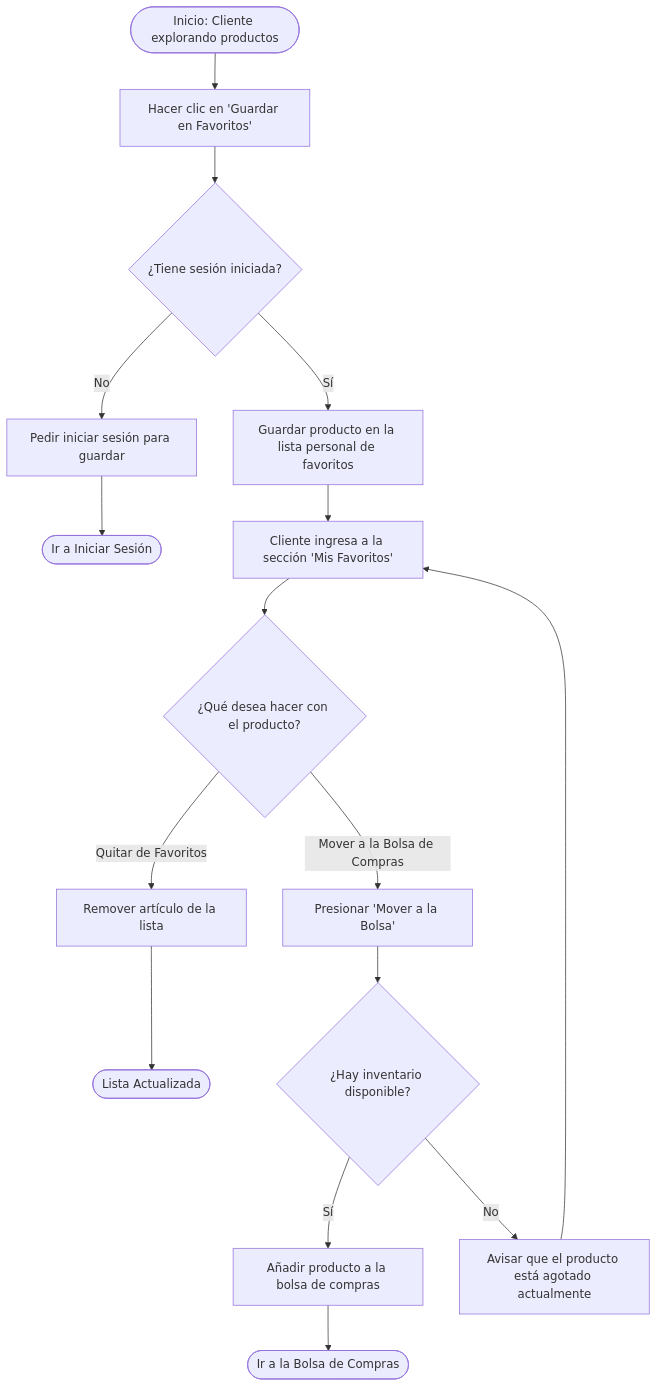
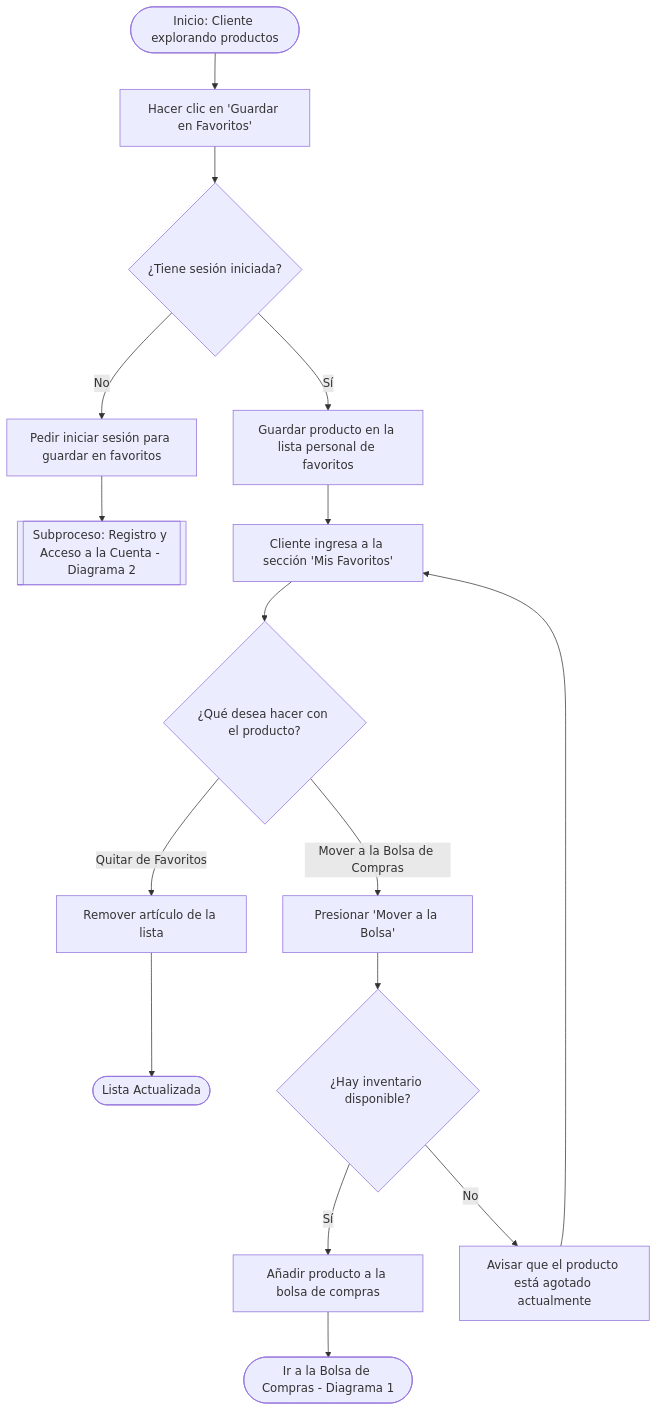
One commit to LeonidasGarcia/Multichannel-Marketplace changed the seventh of 9 diagrams in Diagrama de Procesos/Diagramas de Procesos Preliminares.md. Above: the diagram before and after it, drawn with Mermaid. The commit also changed other lines of this file and 1 other file, not shown here.

Commit message:
feat: Update process diagrams and enhance user flow descriptions in the documentation

````diff
--- a/Diagrama de Procesos/Diagramas de Procesos Preliminares.md
+++ b/Diagrama de Procesos/Diagramas de Procesos Preliminares.md
@@ -142,18 +178,18 @@
-```mermaid.js
+```mermaid
 flowchart TD
     InicioFav([Inicio: Cliente explorando productos]) --> MarcarFavorito[Hacer clic en 'Guardar en Favoritos']
     MarcarFavorito --> ValidarAcceso{¿Tiene sesión iniciada?}
 
-    ValidarAcceso -- No --> SolicitarLogin[Pedir iniciar sesión para guardar] --> FinLogin([Ir a Iniciar Sesión])
+    ValidarAcceso -- No --> SolicitarLogin[Pedir iniciar sesión para guardar en favoritos] --> SubprocesoAccesoFav[[Subproceso: Registro y Acceso a la Cuenta - Diagrama 2]]
 
     ValidarAcceso -- Sí --> GuardarLista[Guardar producto en la lista personal de favoritos]
     GuardarLista --> VerLista[Cliente ingresa a la sección 'Mis Favoritos']
     VerLista --> ElegirAccionFav{¿Qué desea hacer con el producto?}
 
     ElegirAccionFav -- Quitar de Favoritos --> EliminarFav[Remover artículo de la lista] --> ListaActualizada([Lista Actualizada])
 
     ElegirAccionFav -- Mover a la Bolsa de Compras --> MoverABolsa[Presionar 'Mover a la Bolsa']
     MoverABolsa --> ConsultarInventario{¿Hay inventario disponible?}
-    ConsultarInventario -- Sí --> TransferirBolsa[Añadir producto a la bolsa de compras] --> FinTransferencia([Ir a la Bolsa de Compras])
+    ConsultarInventario -- Sí --> TransferirBolsa[Añadir producto a la bolsa de compras] --> IrABolsa([Ir a la Bolsa de Compras - Diagrama 1])
     ConsultarInventario -- No --> NotificarAgotado[Avisar que el producto está agotado actualmente] --> VerLista
 ```
````
